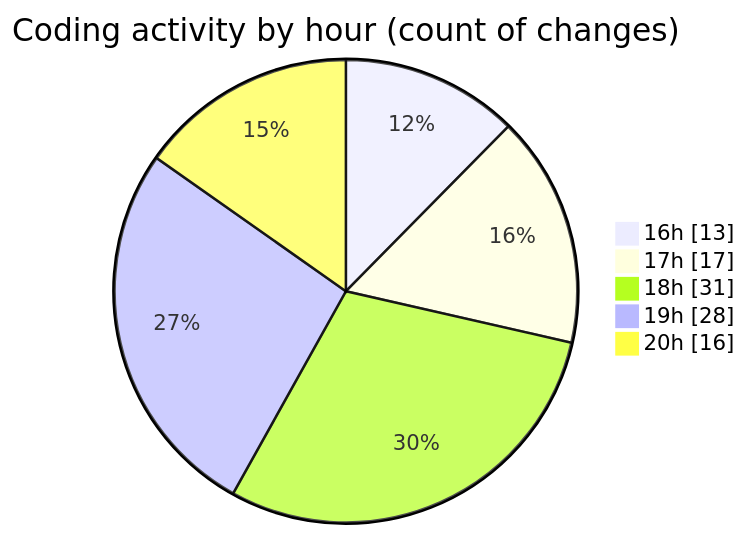
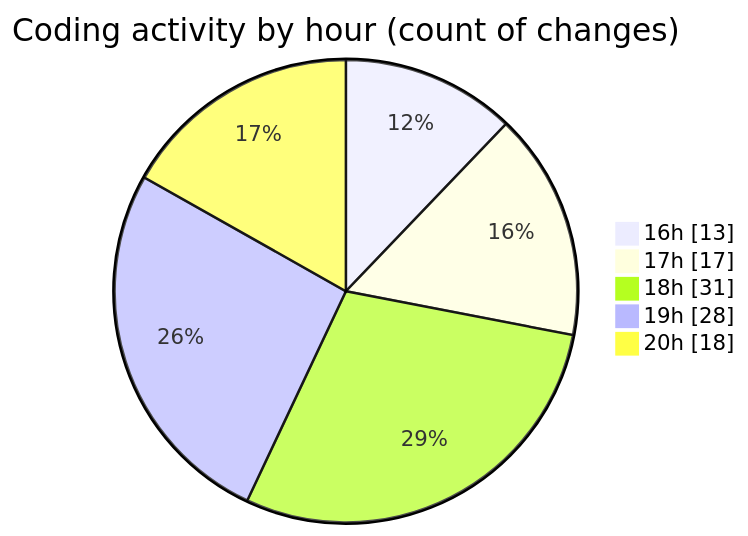
One commit to idhammustaqopulfikri/code-tracking changed the second of 2 diagrams in 2025-05-28/studio-backend/README.md. Above: the diagram before and after it, drawn with Mermaid. The commit also changed other lines of this file and 1 other file, not shown here.

````diff
--- a/2025-05-28/studio-backend/README.md
+++ b/2025-05-28/studio-backend/README.md
@@ -54,9 +54,9 @@
 ```mermaid
 pie showData
 title Coding activity by hour (count of changes)
 "16h" : 13
 "17h" : 17
 "18h" : 31
 "19h" : 28
-"20h" : 16
+"20h" : 18
 ```
````
